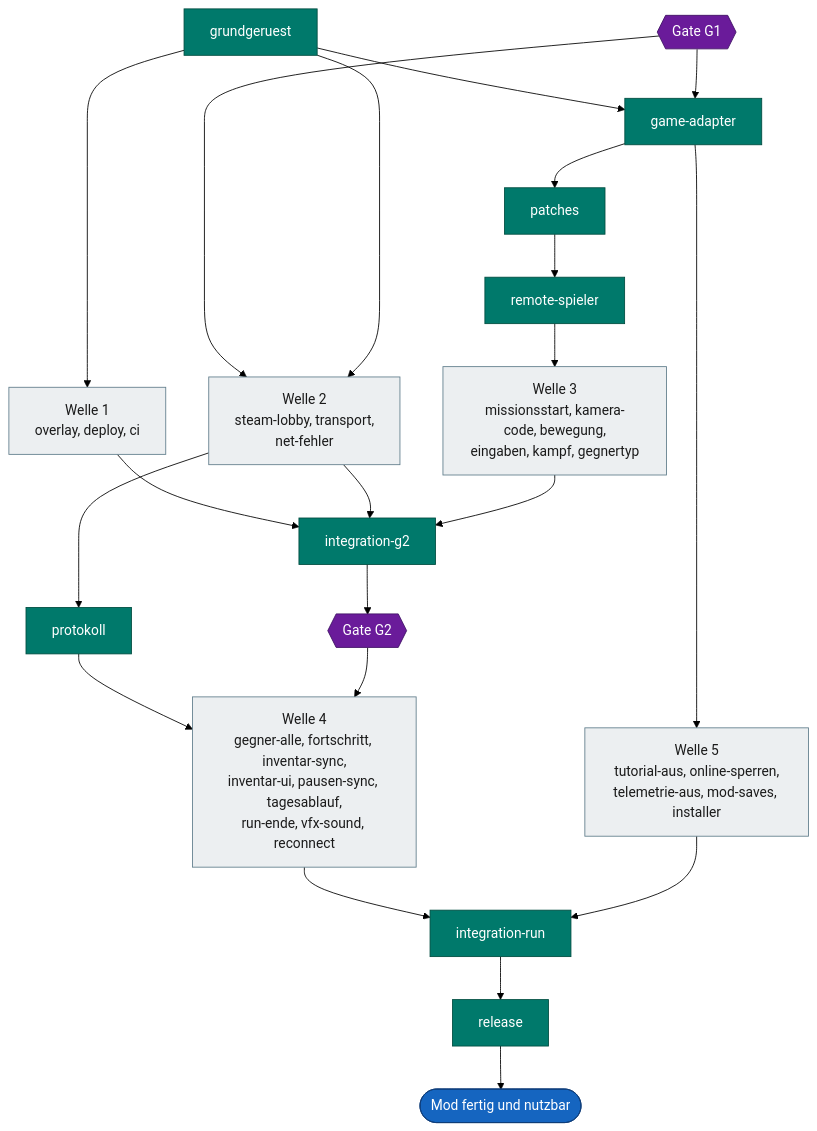
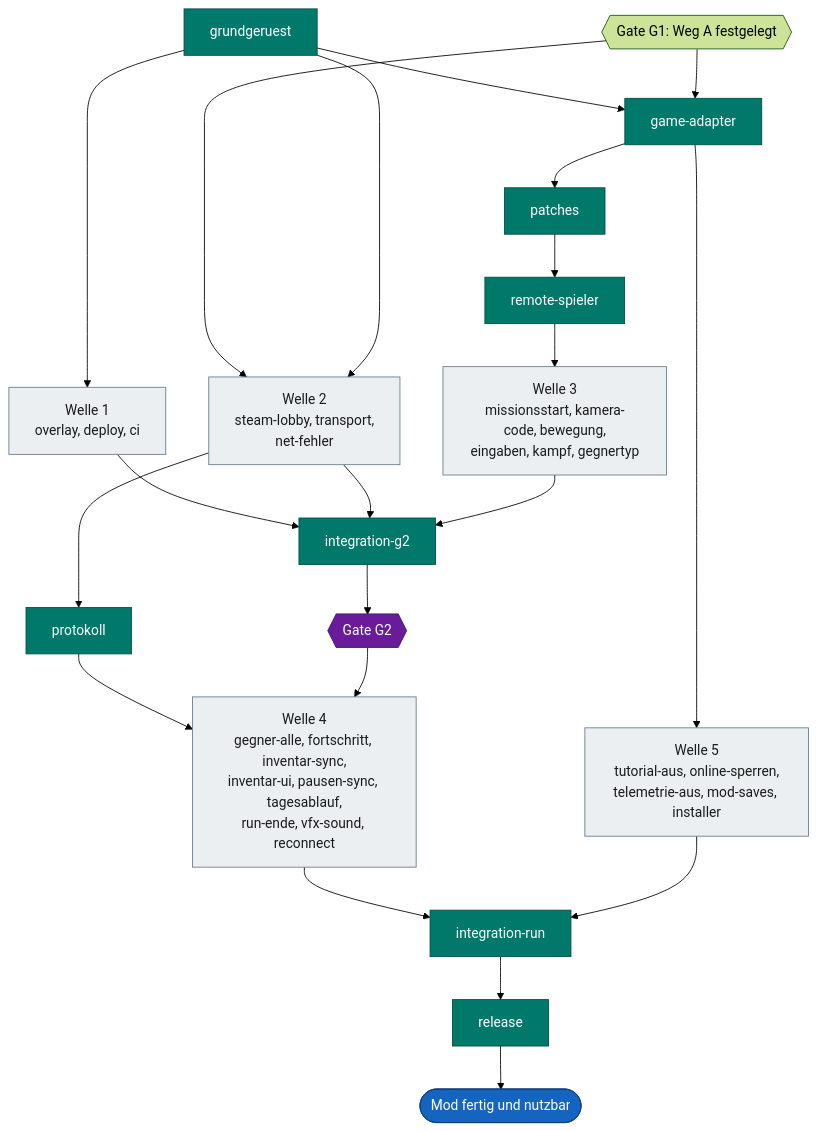
The fourth of 4 diagrams in docs/ROADMAP.md (VitaminStack/Deadly-Days-Roadtrip-Multiplayer-Mod), drawn with Mermaid (forest theme) before and after one commit. The commit also changed other lines of this file and 4 other files, not shown here.

Commit message:
gate-g1: Weg A mit gezieltem Sync verbindlich festlegen (#67)

````diff
--- a/docs/ROADMAP.md
+++ b/docs/ROADMAP.md
@@ -215,27 +216,27 @@
 ```mermaid
 flowchart TD
     GR["grundgeruest"]:::central --> W1["Welle 1<br/>overlay, deploy, ci"]:::open
     GR --> GA["game-adapter"]:::central
-    G1{{"Gate G1"}}:::gate --> W2["Welle 2<br/>steam-lobby, transport,<br/>net-fehler"]:::open
+    G1{{"Gate G1: Weg A festgelegt"}}:::done --> W2["Welle 2<br/>steam-lobby, transport,<br/>net-fehler"]:::open
     GR --> W2
     G1 --> GA
     GA --> PT["patches"]:::central --> RS["remote-spieler"]:::central
     GA --> W5["Welle 5<br/>tutorial-aus, online-sperren,<br/>telemetrie-aus, mod-saves, installer"]:::open
     RS --> W3["Welle 3<br/>missionsstart, kamera-code, bewegung,<br/>eingaben, kampf, gegnertyp"]:::open
     W1 --> IG["integration-g2"]:::central
     W2 --> PR["protokoll"]:::central
     W2 --> IG
     W3 --> IG
     IG --> G2{{"Gate G2"}}:::gate
     PR --> W4["Welle 4<br/>gegner-alle, fortschritt, inventar-sync,<br/>inventar-ui, pausen-sync, tagesablauf,<br/>run-ende, vfx-sound, reconnect"]:::open
     G2 --> W4
     W4 --> IR["integration-run"]:::central
     W5 --> IR
     IR --> RL["release"]:::central
     RL --> Z(["Mod fertig und nutzbar"]):::goal
 
     classDef central fill:#00796b,stroke:#004d40,color:#ffffff
     classDef open fill:#eceff1,stroke:#607d8b,color:#1a1a1a
     classDef gate fill:#6a1b9a,stroke:#3e1163,color:#ffffff
     classDef goal fill:#1565c0,stroke:#0d3c78,color:#ffffff
 ```
````
